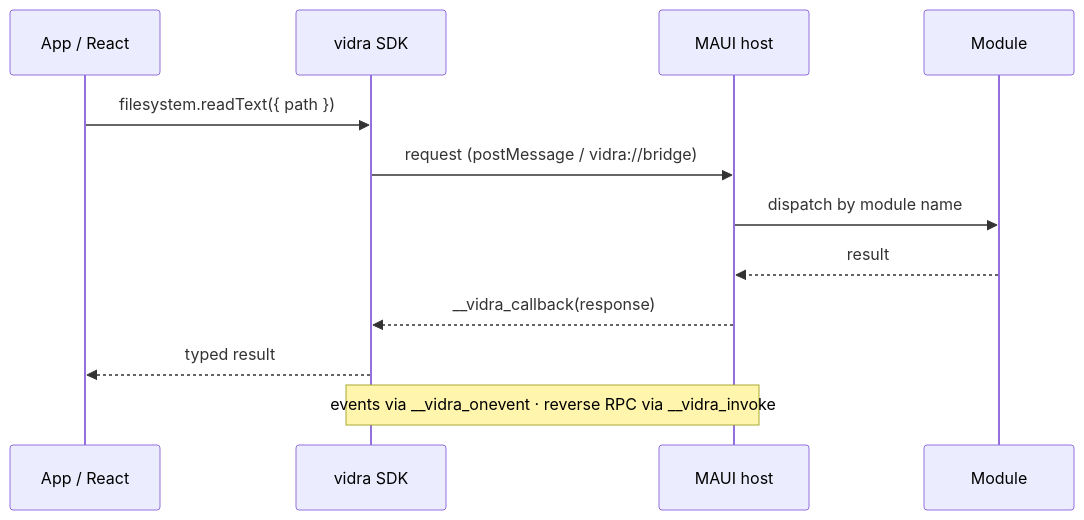
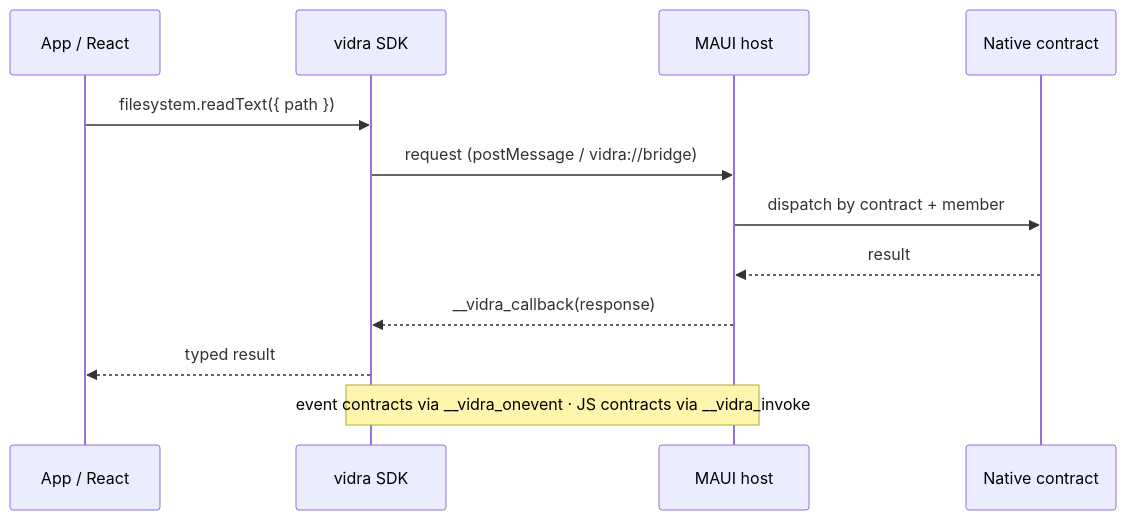
Before and after one commit to rzamfiriu/vidra: the diagram in docs/interop-protocol.md, drawn with Mermaid. The commit also changed other lines of this file and 129 other files, not shown here.

````diff
--- a/docs/interop-protocol.md
+++ b/docs/interop-protocol.md
@@ -8,15 +7,15 @@
 ```mermaid
 sequenceDiagram
     participant App as App / React
     participant SDK as vidra SDK
     participant Host as MAUI host
-    participant Mod as Module
+    participant Native as Native contract
 
     App->>SDK: filesystem.readText({ path })
     SDK->>Host: request (postMessage / vidra://bridge)
-    Host->>Mod: dispatch by module name
-    Mod-->>Host: result
+    Host->>Native: dispatch by contract + member
+    Native-->>Host: result
     Host-->>SDK: __vidra_callback(response)
     SDK-->>App: typed result
-    Note over SDK,Host: events via __vidra_onevent · reverse RPC via __vidra_invoke
+    Note over SDK,Host: event contracts via __vidra_onevent · JS contracts via __vidra_invoke
 ```
````
